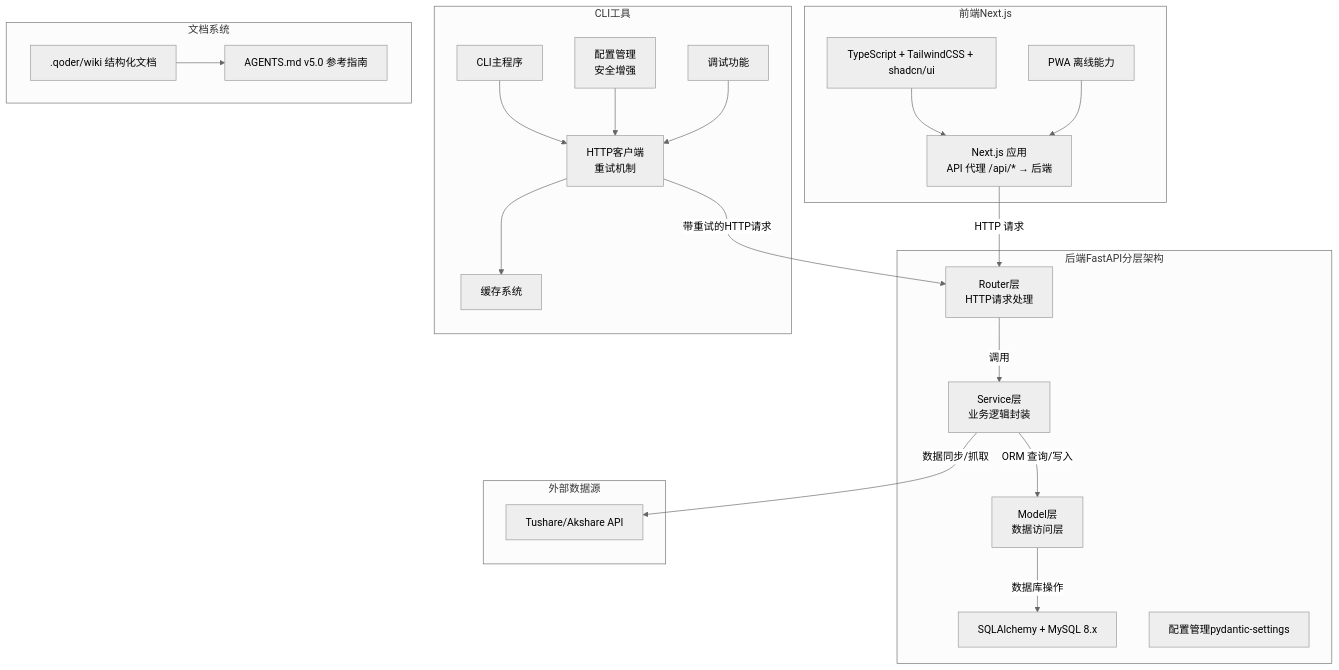
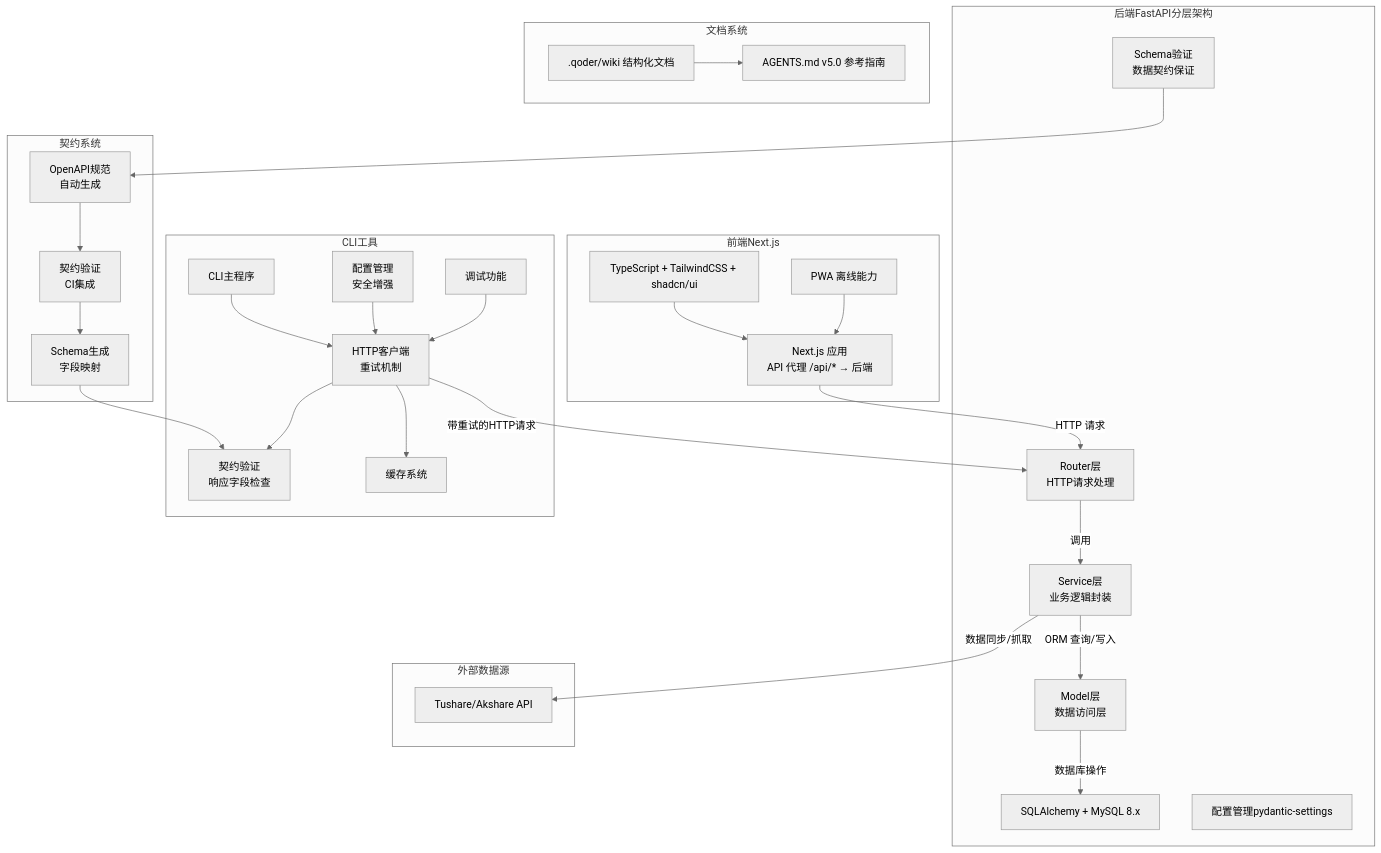
Before and after one commit to gujialind/InvestRing: the first of 10 diagrams in .qoder/repowiki/zh/content/开发指南/开发指南.md, drawn with Mermaid (neutral theme). The commit also changed other lines of this file and 19 other files, not shown here.

````diff
--- a/.qoder/repowiki/zh/content/开发指南/开发指南.md
+++ b/.qoder/repowiki/zh/content/开发指南/开发指南.md
@@ -72,42 +59,54 @@
 ```mermaid
 graph TB
 subgraph "前端Next.js"
 FE_Next["Next.js 应用<br/>API 代理 /api/* → 后端"]
 FE_TS["TypeScript + TailwindCSS + shadcn/ui"]
 FE_PWA["PWA 离线能力"]
 end
 subgraph "后端FastAPI分层架构"
 BE_ROUTER["Router层<br/>HTTP请求处理"]
 BE_SERVICE["Service层<br/>业务逻辑封装"]
 BE_MODEL["Model层<br/>数据访问层"]
 BE_DB["SQLAlchemy + MySQL 8.x"]
 BE_CFG["配置管理pydantic-settings"]
+BE_SCHEMA["Schema验证<br/>数据契约保证"]
 end
 subgraph "CLI工具"
 CLI_MAIN["CLI主程序"]
 CLI_CLIENT["HTTP客户端<br/>重试机制"]
 CLI_CONFIG["配置管理<br/>安全增强"]
 CLI_CACHE["缓存系统"]
 CLI_DEBUG["调试功能"]
+CLI_SCHEMA["契约验证<br/>响应字段检查"]
+end
+subgraph "契约系统"
+OPENAPI["OpenAPI规范<br/>自动生成"]
+CONTRACT_CHECK["契约验证<br/>CI集成"]
+SCHEMA_GEN["Schema生成<br/>字段映射"]
 end
 subgraph "外部数据源"
 DS_Tushare["Tushare/Akshare API"]
 end
 subgraph "文档系统"
 DOC_WIKI[".qoder/wiki 结构化文档"]
 DOC_AGENTS["AGENTS.md v5.0 参考指南"]
 end
 FE_Next --> |"HTTP 请求"| BE_ROUTER
 CLI_MAIN --> CLI_CLIENT
 CLI_CLIENT --> |"带重试的HTTP请求"| BE_ROUTER
 CLI_CLIENT --> CLI_CACHE
+CLI_CLIENT --> CLI_SCHEMA
 CLI_CONFIG --> CLI_CLIENT
 CLI_DEBUG --> CLI_CLIENT
 BE_ROUTER --> |"调用"| BE_SERVICE
 BE_SERVICE --> |"ORM 查询/写入"| BE_MODEL
 BE_MODEL --> |"数据库操作"| BE_DB
 BE_SERVICE --> |"数据同步/抓取"| DS_Tushare
+BE_SCHEMA --> OPENAPI
+OPENAPI --> CONTRACT_CHECK
+CONTRACT_CHECK --> SCHEMA_GEN
+SCHEMA_GEN --> CLI_SCHEMA
 FE_TS --> FE_Next
 FE_PWA --> FE_Next
 DOC_WIKI --> DOC_AGENTS
 ```
````
